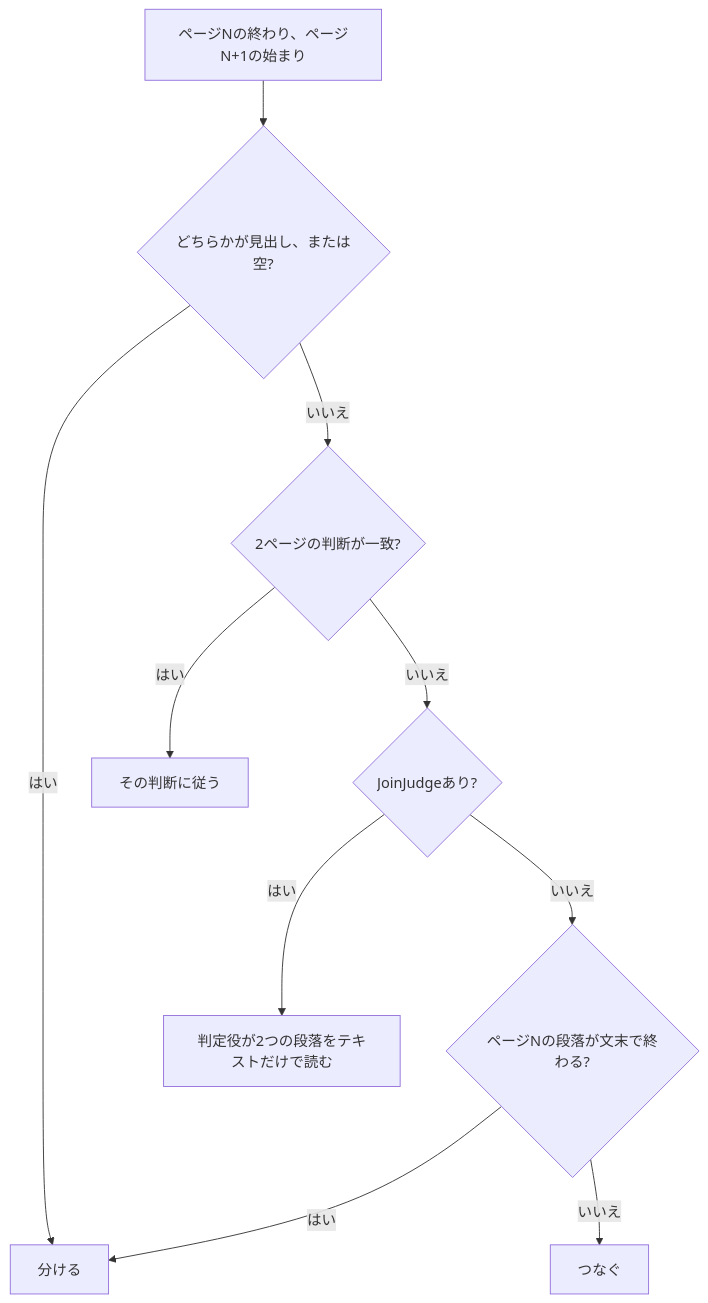
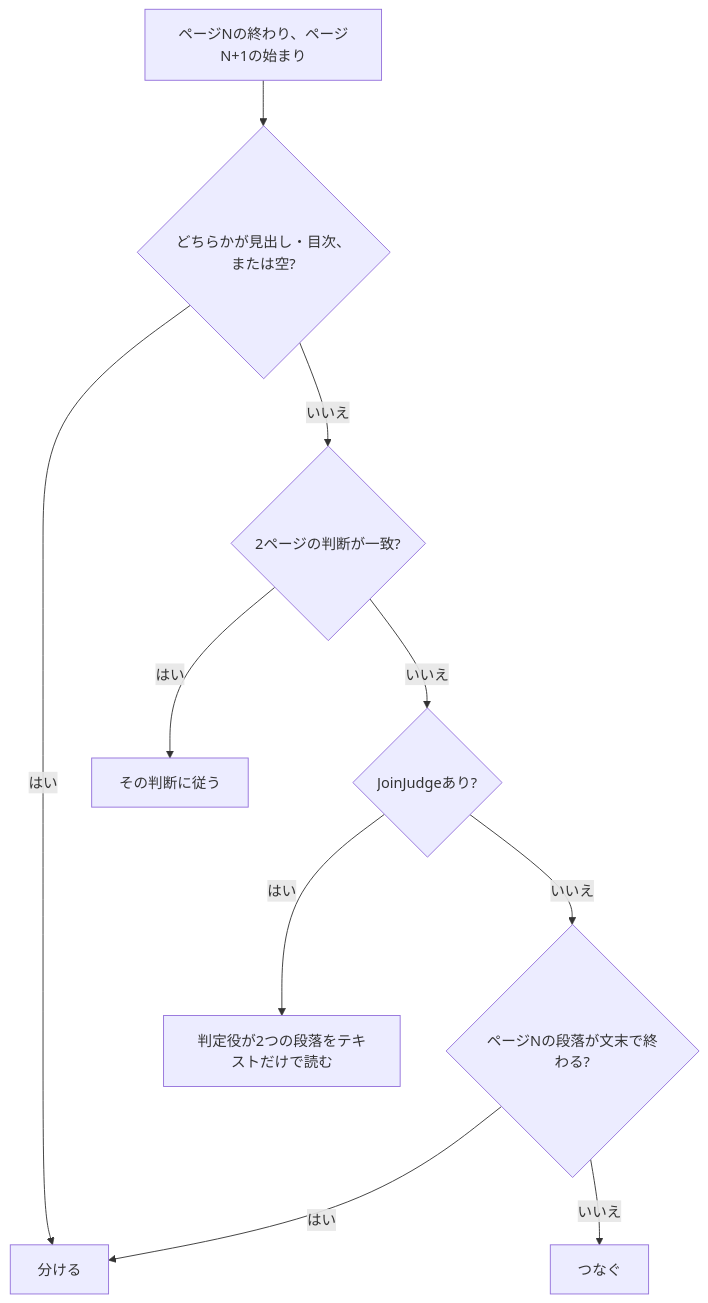
One commit to konbraphat51/SuperSuat changed the second of 3 diagrams in Uploader/OcrModule/MdWriter/Docs/MdWriterOcr.ja.md. Above: the diagram before and after it, drawn with Mermaid. The commit also changed other lines of this file and 3 other files, not shown here.

Commit message:
docs: describe the table of contents in the MdWriter architecture and plan, in English and Japanese

````diff
--- a/Uploader/OcrModule/MdWriter/Docs/MdWriterOcr.ja.md
+++ b/Uploader/OcrModule/MdWriter/Docs/MdWriterOcr.ja.md
@@ -166,12 +167,12 @@
 ```mermaid
 flowchart TD
-    A["ページNの終わり、ページN+1の始まり"] --> B{"どちらかが見出し、または空?"}
+    A["ページNの終わり、ページN+1の始まり"] --> B{"どちらかが見出し・目次、または空?"}
     B -- はい --> Break["分ける"]
     B -- いいえ --> C{"2ページの判断が一致?"}
     C -- はい --> D["その判断に従う"]
     C -- いいえ --> E{"JoinJudgeあり?"}
     E -- はい --> F["判定役が2つの段落をテキストだけで読む"]
     E -- いいえ --> G{"ページNの段落が文末で終わる?"}
     G -- はい --> Break
     G -- いいえ --> Join["つなぐ"]
 ```
````
